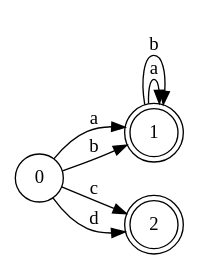
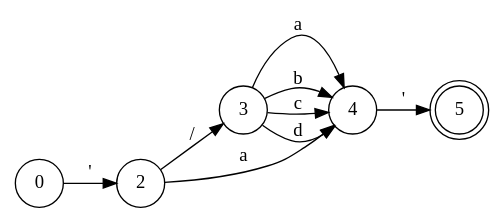
The diagram in fsmasd.gv (gusta257/compis2), drawn with Graphviz before and after one commit. The commit also changed 11 other files, not shown here.

```diff
--- a/fsmasd.gv
+++ b/fsmasd.gv
@@ -1,19 +1,21 @@
 digraph finite_state_machine {
 	rankdir=LR size="8,5"
 	node [shape=doublecircle]
-	1
-	node [shape=doublecircle]
-	2
+	5
 	node [shape=circle]
-	0 -> 1 [label=a]
+	0 -> 2 [label="'"]
 	node [shape=circle]
-	0 -> 1 [label=b]
+	2 -> 3 [label="/"]
 	node [shape=circle]
-	0 -> 2 [label=c]
+	2 -> 4 [label=a]
 	node [shape=circle]
-	0 -> 2 [label=d]
+	3 -> 4 [label=a]
 	node [shape=circle]
-	1 -> 1 [label=a]
+	3 -> 4 [label=b]
 	node [shape=circle]
-	1 -> 1 [label=b]
+	3 -> 4 [label=c]
+	node [shape=circle]
+	3 -> 4 [label=d]
+	node [shape=circle]
+	4 -> 5 [label="'"]
 }
```
